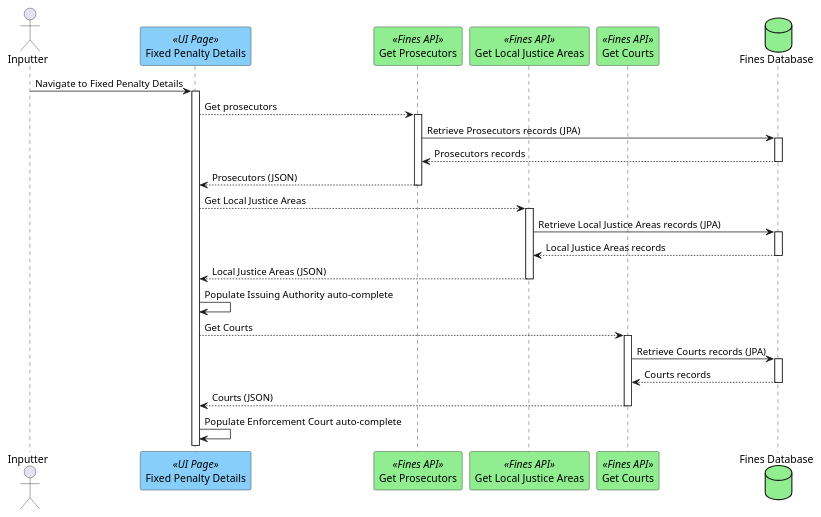
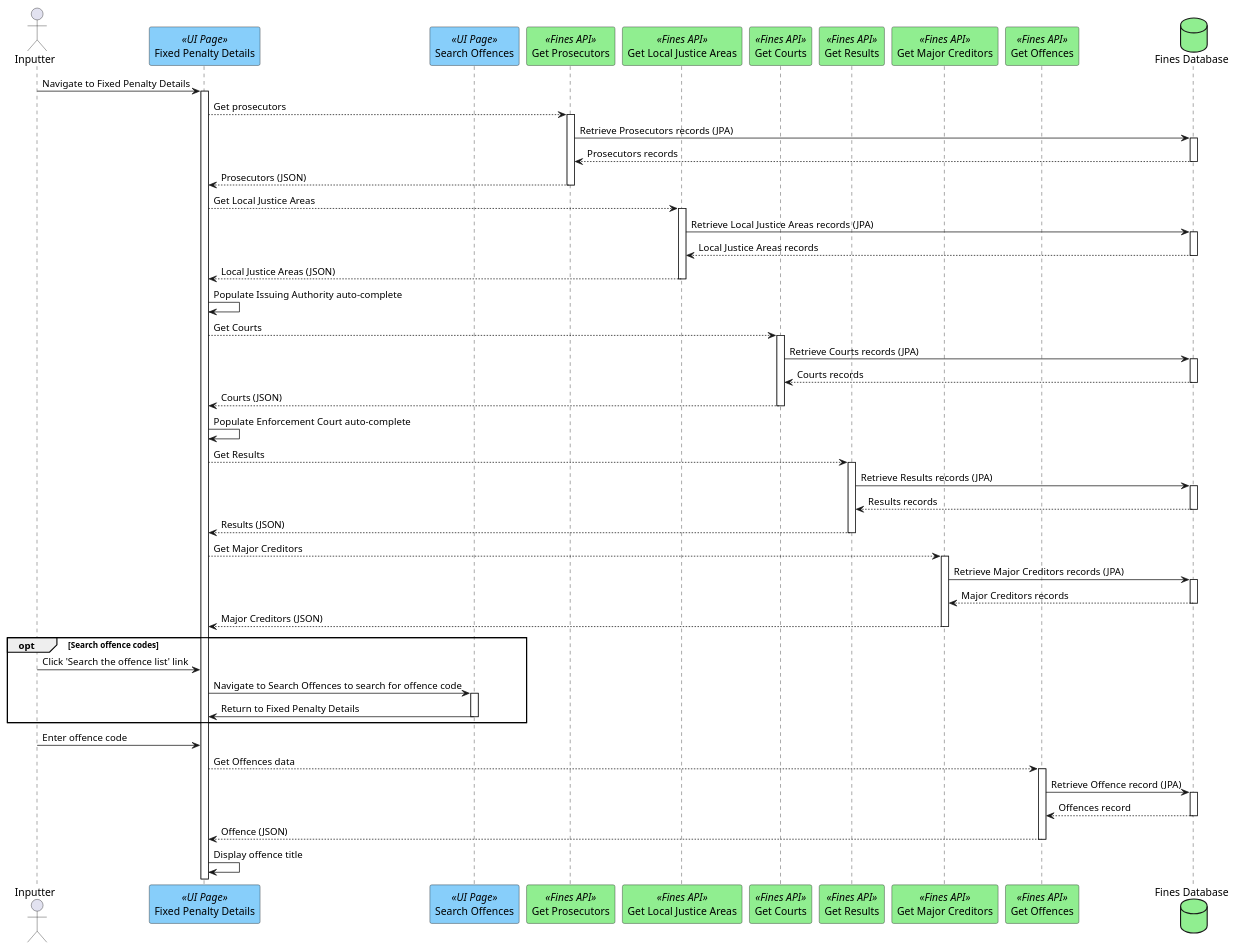
The diagram in plantUML/mac-manual-fixed-penalty/mac-fixed-penalty-details.puml (hmcts/opal-docs), drawn with PlantUML before and after one commit. The commit also changed 1 other file, not shown here.

Commit message:
Fixed and moved search offences to populate and submit
Fixed penalty details improvements

```diff
--- a/plantUML/mac-manual-fixed-penalty/mac-fixed-penalty-details.puml
+++ b/plantUML/mac-manual-fixed-penalty/mac-fixed-penalty-details.puml
@@ -1,25 +1,48 @@
 @startuml
 actor "Inputter" as user
 participant "Fixed Penalty Details" as fixedPenaltyDetails <<UI Page>> #lightskyblue
+participant "Search Offences" as searchOffences <<UI Page>> #lightskyblue
 participant "Get Prosecutors" as prosecutors <<Fines API>> #lightgreen
 participant "Get Local Justice Areas" as ljas <<Fines API>> #lightgreen
 participant "Get Courts" as courts <<Fines API>> #lightgreen
+participant "Get Results" as results <<Fines API>> #lightgreen
+participant "Get Major Creditors" as majorCreditors <<Fines API>> #lightgreen
+participant "Get Offences" as offence <<Fines API>> #lightgreen
 database "Fines Database" as db #lightgreen
 
 user -> fixedPenaltyDetails ++ : Navigate to Fixed Penalty Details
 fixedPenaltyDetails --> prosecutors ++ : Get prosecutors
 prosecutors -> db ++ : Retrieve Prosecutors records (JPA)
 prosecutors <-- db -- : Prosecutors records
 fixedPenaltyDetails <-- prosecutors -- : Prosecutors (JSON)
 fixedPenaltyDetails --> ljas ++ : Get Local Justice Areas
 ljas -> db ++ : Retrieve Local Justice Areas records (JPA)
 ljas <-- db -- : Local Justice Areas records
 fixedPenaltyDetails <-- ljas -- : Local Justice Areas (JSON)
 fixedPenaltyDetails -> fixedPenaltyDetails : Populate Issuing Authority auto-complete
 fixedPenaltyDetails --> courts ++ : Get Courts
 courts -> db ++ : Retrieve Courts records (JPA)
 courts <-- db -- : Courts records
 fixedPenaltyDetails <-- courts -- : Courts (JSON)
 fixedPenaltyDetails -> fixedPenaltyDetails : Populate Enforcement Court auto-complete
+fixedPenaltyDetails --> results ++ : Get Results
+results -> db ++ : Retrieve Results records (JPA)
+results <-- db -- : Results records
+fixedPenaltyDetails <-- results -- : Results (JSON)
+fixedPenaltyDetails --> majorCreditors ++ : Get Major Creditors
+majorCreditors -> db ++ : Retrieve Major Creditors records (JPA)
+majorCreditors <-- db -- : Major Creditors records
+fixedPenaltyDetails <-- majorCreditors -- : Major Creditors (JSON)
+opt Search offence codes
+user -> fixedPenaltyDetails : Click 'Search the offence list' link
+fixedPenaltyDetails -> searchOffences ++ : Navigate to Search Offences to search for offence code
+fixedPenaltyDetails <- searchOffences -- : Return to Fixed Penalty Details
+end
+user -> fixedPenaltyDetails : Enter offence code
+fixedPenaltyDetails --> offence ++ : Get Offences data
+offence -> db ++ : Retrieve Offence record (JPA)
+offence <-- db -- : Offences record
+fixedPenaltyDetails <-- offence -- : Offence (JSON)
+fixedPenaltyDetails -> fixedPenaltyDetails : Display offence title
 
 @enduml
```
